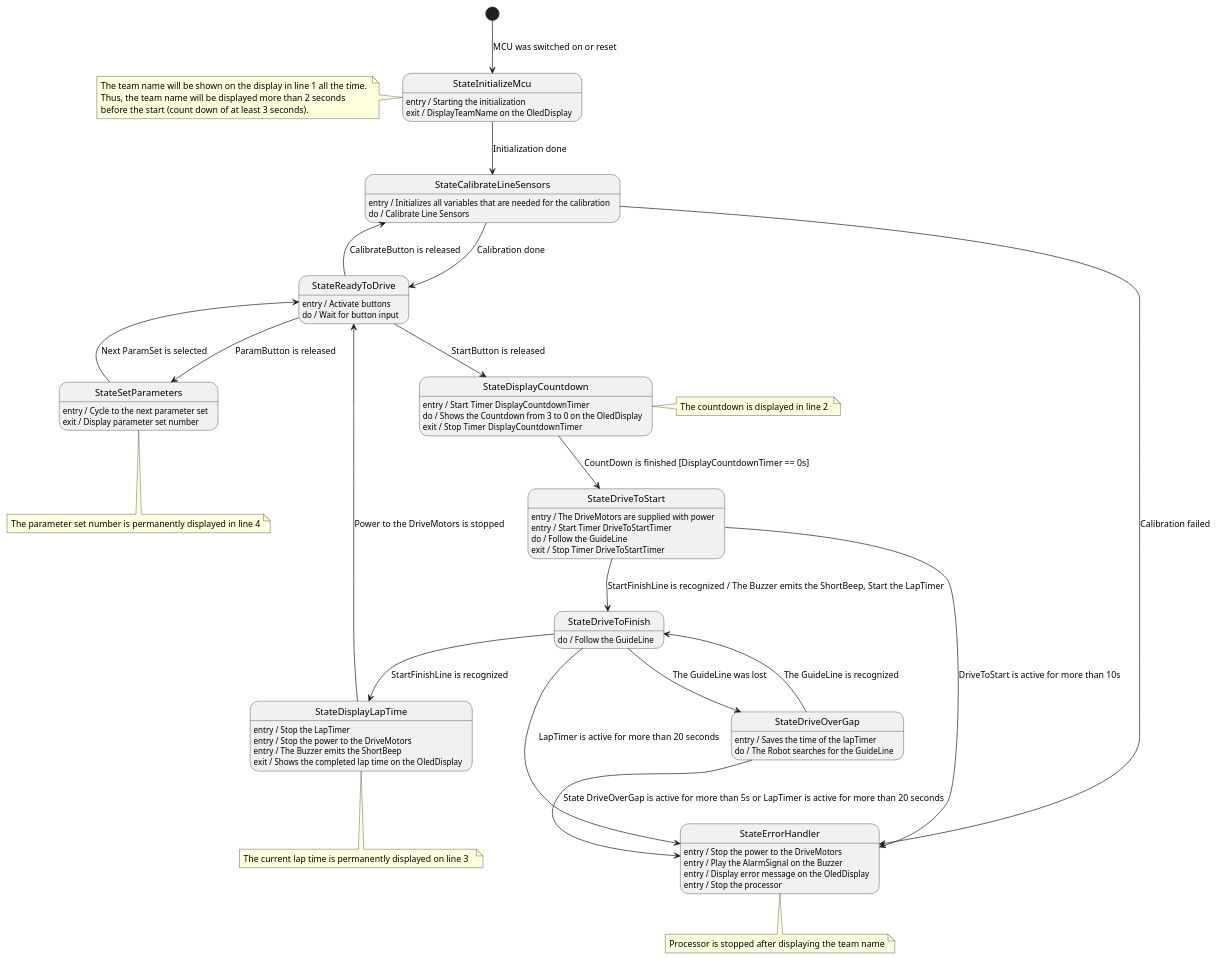
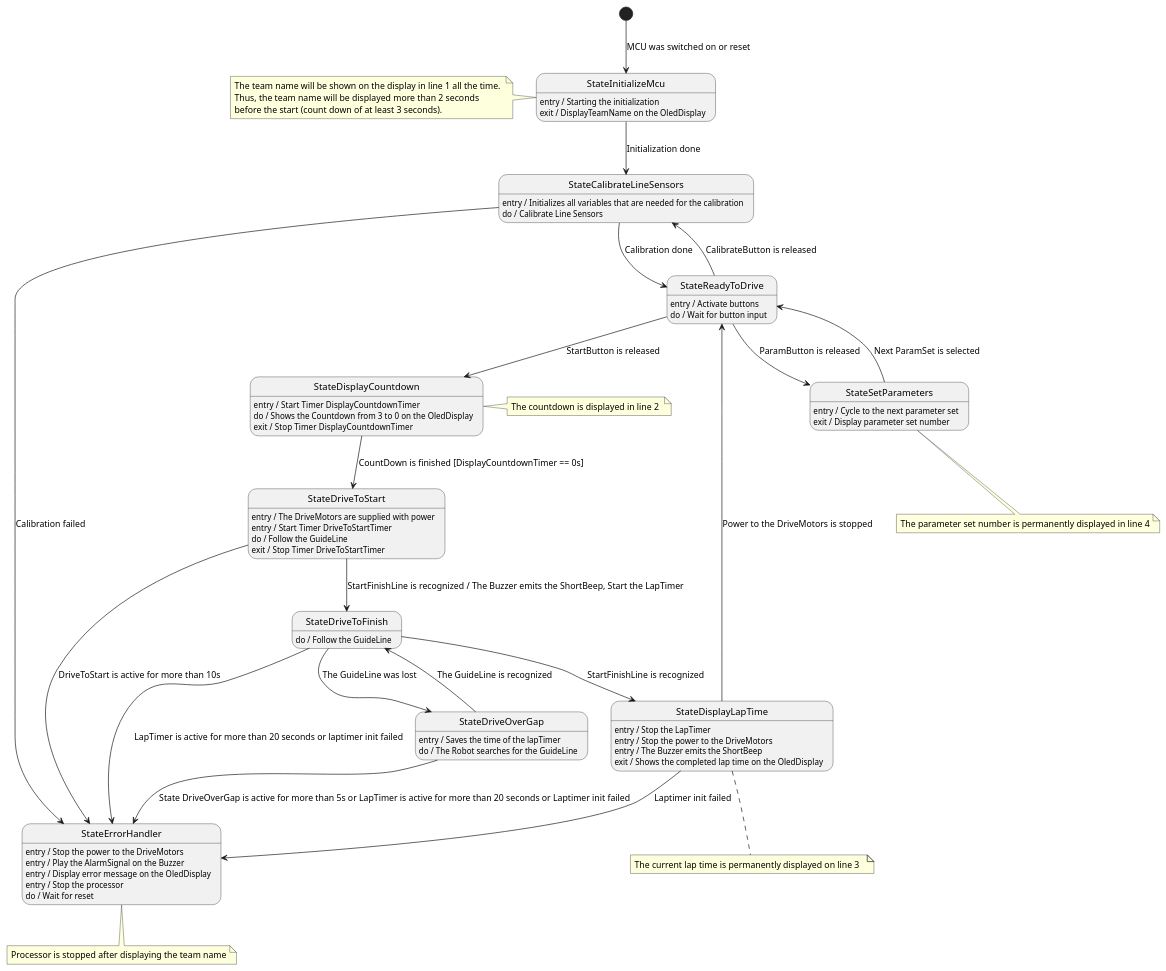
One commit to Manumals/Software_Engineering_fuer_Embedded_Systems changed the diagram in Abgabe/system/UML/StateDiagram.puml. Above: the diagram before and after it, drawn with PlantUML.

Commit message:
Final state diagram

```diff
--- a/Abgabe/system/UML/StateDiagram.puml
+++ b/Abgabe/system/UML/StateDiagram.puml
@@ -1,83 +1,85 @@
 @startuml
 
 'StateInitializeMcu'
 [*] --> StateInitializeMcu : MCU was switched on or reset
 StateInitializeMcu --> StateCalibrateLineSensors : Initialization done
 StateInitializeMcu : entry / Starting the initialization
 StateInitializeMcu : exit / DisplayTeamName on the OledDisplay
 note left of StateInitializeMcu
     The team name will be shown on the display in line 1 all the time. 
     Thus, the team name will be displayed more than 2 seconds 
     before the start (count down of at least 3 seconds).
 end note
 
 'StateCalibrateLineSensors'
 StateCalibrateLineSensors --> StateReadyToDrive : Calibration done
 StateCalibrateLineSensors : entry / Initializes all variables that are needed for the calibration
 StateCalibrateLineSensors : do / Calibrate Line Sensors
 StateCalibrateLineSensors --> StateErrorHandler : Calibration failed
 
 'StateReadyToDrive'
 StateReadyToDrive --> StateSetParameters :ParamButton is released
 StateReadyToDrive --> StateDisplayCountdown : StartButton is released
 StateReadyToDrive --> StateCalibrateLineSensors : CalibrateButton is released
 StateReadyToDrive : entry / Activate buttons
 StateReadyToDrive : do / Wait for button input
 
 'StateDisplayCountdown'
 StateDisplayCountdown --> StateDriveToStart : CountDown is finished [DisplayCountdownTimer == 0s]
 StateDisplayCountdown: entry /  Start Timer DisplayCountdownTimer
 StateDisplayCountdown: do / Shows the Countdown from 3 to 0 on the OledDisplay
 StateDisplayCountdown: exit /  Stop Timer DisplayCountdownTimer
 note right of StateDisplayCountdown
 The countdown is displayed in line 2 
 end note
 
 'StateDriveToStart'
 StateDriveToStart --> StateDriveToFinish : StartFinishLine is recognized / The Buzzer emits the ShortBeep, Start the LapTimer 
 StateDriveToStart --> StateErrorHandler : DriveToStart is active for more than 10s
 StateDriveToStart: entry / The DriveMotors are supplied with power 
 StateDriveToStart: entry / Start Timer DriveToStartTimer
 StateDriveToStart: do / Follow the GuideLine 
 StateDriveToStart: exit / Stop Timer DriveToStartTimer
 
 'StateDriveToFinish'
-StateDriveToFinish --> StateErrorHandler : LapTimer is active for more than 20 seconds
+StateDriveToFinish --> StateErrorHandler : LapTimer is active for more than 20 seconds or laptimer init failed
 StateDriveToFinish --> StateDriveOverGap : The GuideLine was lost
 StateDriveToFinish --> StateDisplayLapTime : StartFinishLine is recognized
 StateDriveToFinish : do / Follow the GuideLine 
 
 'StateDriveOverGap'
-StateDriveOverGap --> StateErrorHandler : State DriveOverGap is active for more than 5s or LapTimer is active for more than 20 seconds
+StateDriveOverGap --> StateErrorHandler : State DriveOverGap is active for more than 5s or LapTimer is active for more than 20 seconds or Laptimer init failed
 StateDriveOverGap  --> StateDriveToFinish : The GuideLine is recognized
 StateDriveOverGap: entry / Saves the time of the lapTimer
 StateDriveOverGap : do / The Robot searches for the GuideLine
 
 'StateDisplayLapTime
 StateDisplayLapTime  --> StateReadyToDrive : Power to the DriveMotors is stopped
+StateDisplayLapTime  --> StateErrorHandler : Laptimer init failed
 StateDisplayLapTime : entry / Stop the LapTimer
 StateDisplayLapTime : entry / Stop the power to the DriveMotors
 StateDisplayLapTime : entry / The Buzzer emits the ShortBeep
 StateDisplayLapTime : exit / Shows the completed lap time on the OledDisplay
 note bottom of StateDisplayLapTime
 The current lap time is permanently displayed on line 3  
 end note
 
 'StateSetParameters
 StateSetParameters --> StateReadyToDrive : Next ParamSet is selected
 StateSetParameters: entry / Cycle to the next parameter set
 StateSetParameters: exit / Display parameter set number
 note bottom of StateSetParameters
 The parameter set number is permanently displayed in line 4
 end note
 
 'StateErrorHandler
 StateErrorHandler: entry / Stop the power to the DriveMotors
 StateErrorHandler: entry / Play the AlarmSignal on the Buzzer
 StateErrorHandler: entry / Display error message on the OledDisplay
 StateErrorHandler: entry / Stop the processor
+StateErrorHandler: do / Wait for reset
 note bottom of StateErrorHandler
 Processor is stopped after displaying the team name
 end note
 
 @enduml
```
